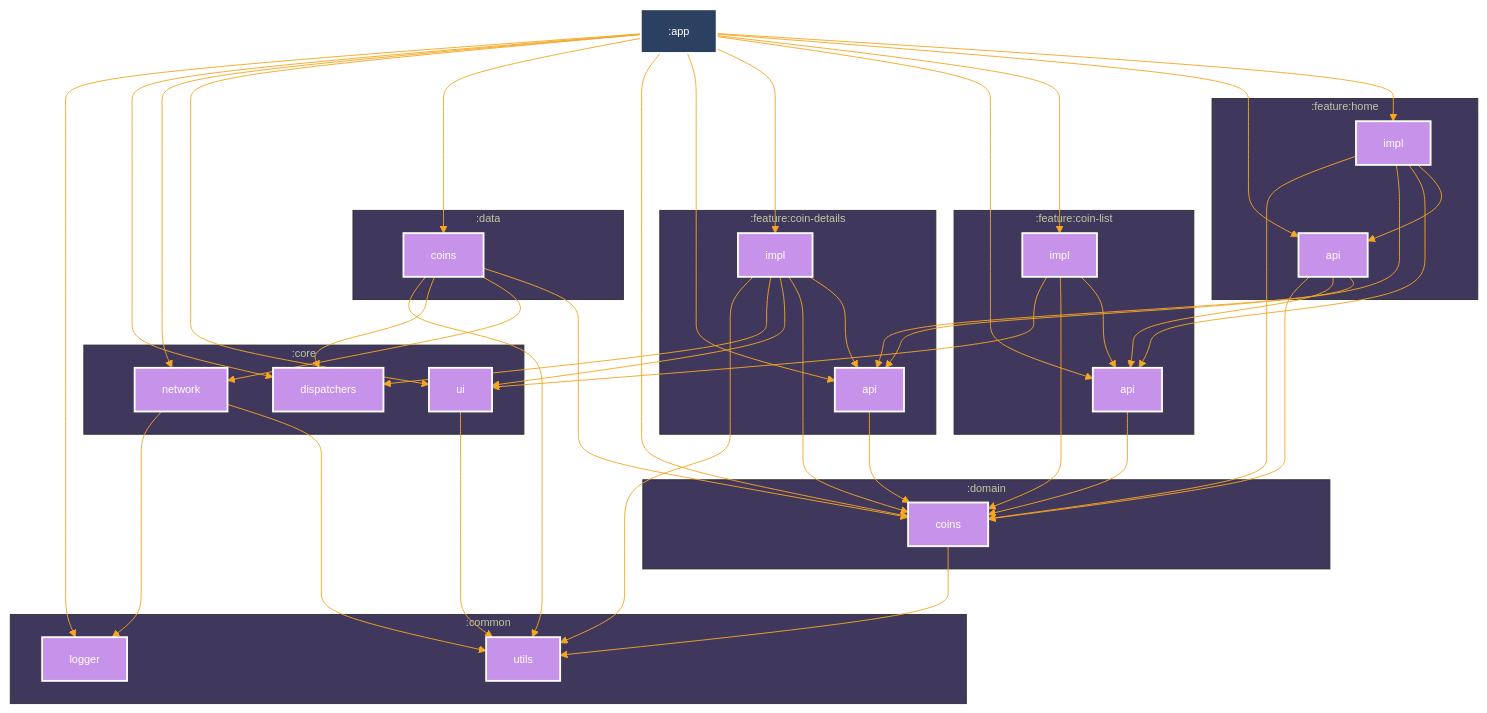
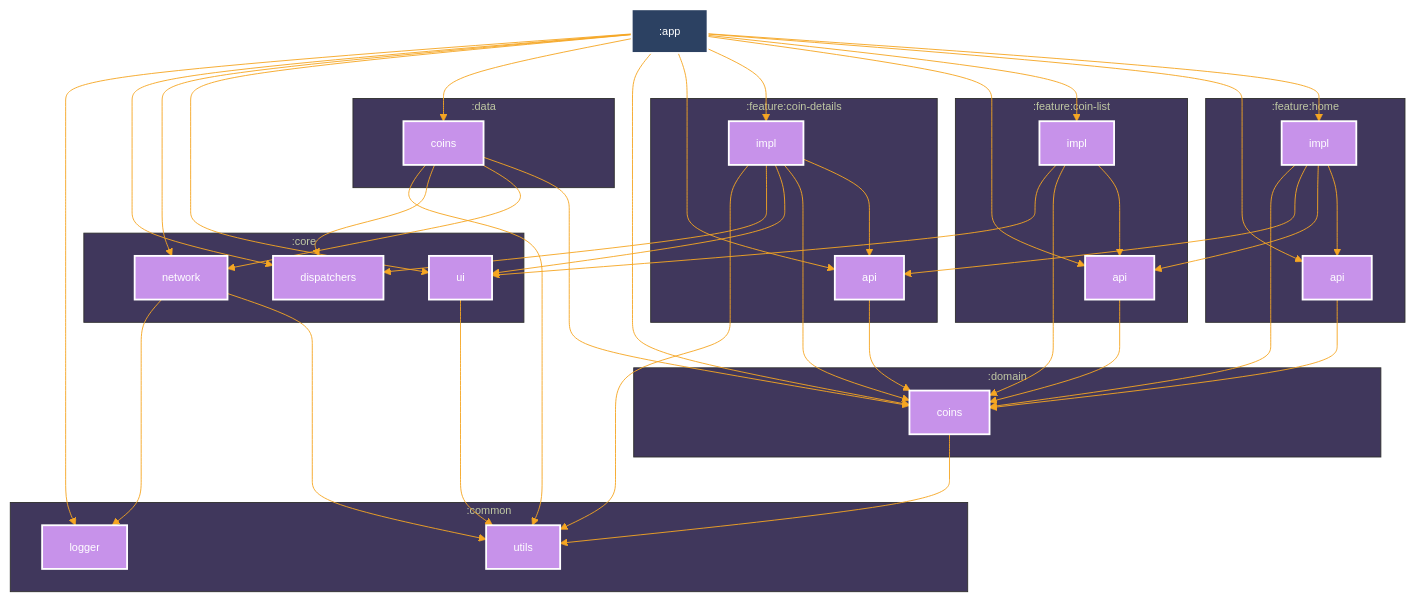
One commit to alexmprog/CryptoCoins changed the diagram in README.md. Above: the diagram before and after it, drawn with Mermaid. The commit also changed 9 other files, not shown here.

```diff
--- a/README.md
+++ b/README.md
@@ -87,8 +87,6 @@
   :feature:coin-list:impl --> :feature:coin-list:api
   :domain:coins --> :common:utils
   :feature:home:api --> :domain:coins
-  :feature:home:api --> :feature:coin-list:api
-  :feature:home:api --> :feature:coin-details:api
   :core:network --> :common:logger
   :core:network --> :common:utils
   :core:ui --> :common:utils
```
